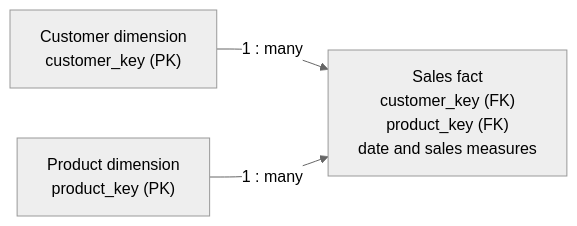
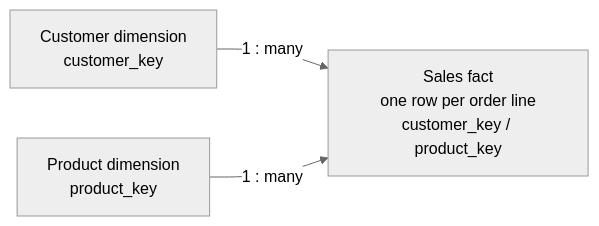
Before and after one commit to Ashwannii-20/sql-advanced-analytics: the second of 2 diagrams in docs/architecture.md, drawn with Mermaid (neutral theme). The commit also changed other lines of this file, not shown here.

Commit message:
docs: refine docs/architecture.md

````diff
--- a/docs/architecture.md
+++ b/docs/architecture.md
@@ -27,8 +32,8 @@
 ```mermaid
 flowchart LR
-    C["Customer dimension<br/>customer_key (PK)"]
-    F["Sales fact<br/>customer_key (FK)<br/>product_key (FK)<br/>date and sales measures"]
-    P["Product dimension<br/>product_key (PK)"]
+    C["Customer dimension<br/>customer_key"]
+    F["Sales fact<br/>one row per order line<br/>customer_key / product_key"]
+    P["Product dimension<br/>product_key"]
     C -->|"1 : many"| F
     P -->|"1 : many"| F
 ```
````
